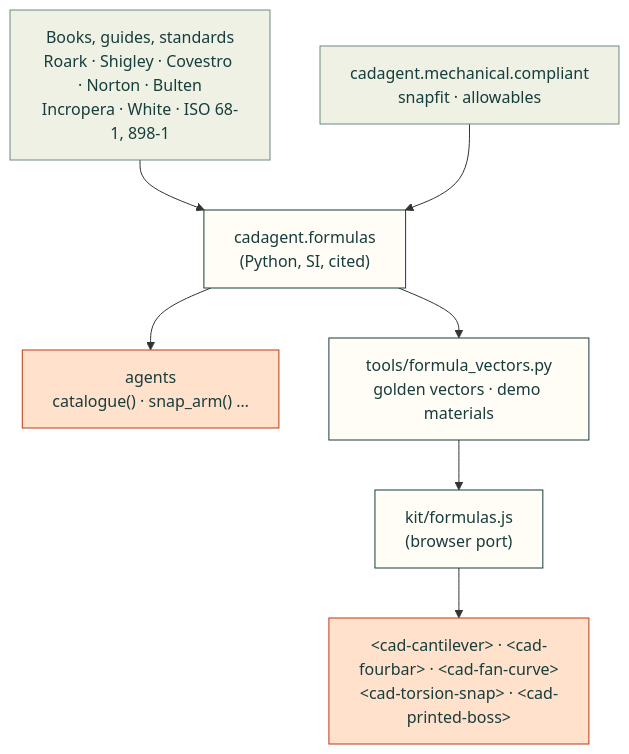
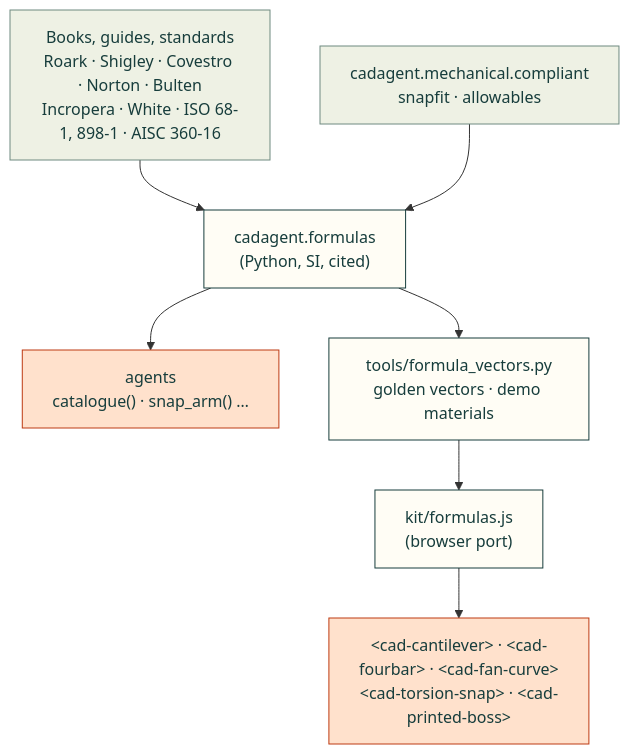
Before and after one commit to Valpatel/cad-agent: the diagram in docs/formulas.md, drawn with Mermaid. The commit also changed other lines of this file and 9 other files, not shown here.

````diff
--- a/docs/formulas.md
+++ b/docs/formulas.md
@@ -93,15 +96,15 @@
 ```mermaid
 flowchart TD
-    S["Books, guides, standards<br/>Roark · Shigley · Covestro · Norton · Bulten<br/>Incropera · White · ISO 68-1, 898-1"] --> P["cadagent.formulas<br/>(Python, SI, cited)"]
+    S["Books, guides, standards<br/>Roark · Shigley · Covestro · Norton · Bulten<br/>Incropera · White · ISO 68-1, 898-1 · AISC 360-16"] --> P["cadagent.formulas<br/>(Python, SI, cited)"]
     C["cadagent.mechanical.compliant<br/>snapfit · allowables"] --> P
     P --> A["agents<br/>catalogue() · snap_arm() …"]
     P --> V["tools/formula_vectors.py<br/>golden vectors · demo materials"]
     V --> J["kit/formulas.js<br/>(browser port)"]
     J --> D["&lt;cad-cantilever&gt; · &lt;cad-fourbar&gt; · &lt;cad-fan-curve&gt;<br/>&lt;cad-torsion-snap&gt; · &lt;cad-printed-boss&gt;"]
     classDef here fill:#fffdf5,stroke:#173d3c,color:#173d3c
     classDef near fill:#eef1e4,stroke:#6f8a80,color:#173d3c
     classDef out fill:#ffe1cc,stroke:#bd3a12,color:#173d3c
     class P,V,J here
     class S,C near
     class A,D out
 ```
````
